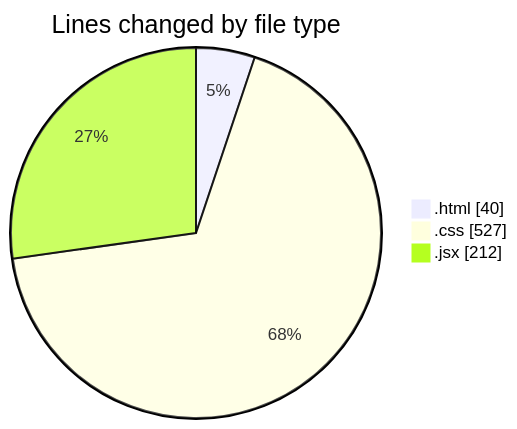
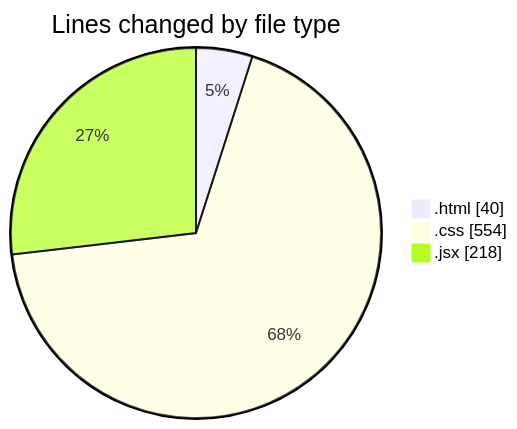
Before and after one commit to Ritupan-Deka/code-tracking: the first of 2 diagrams in 2025-05-26/projects/README.md, drawn with Mermaid. The commit also changed other lines of this file and 1 other file, not shown here.

````diff
--- a/2025-05-26/projects/README.md
+++ b/2025-05-26/projects/README.md
@@ -23,7 +23,7 @@
 ```mermaid
 pie showData
 title Lines changed by file type
 ".html" : 40
-".css" : 527
-".jsx" : 212
+".css" : 554
+".jsx" : 218
 ```
````
